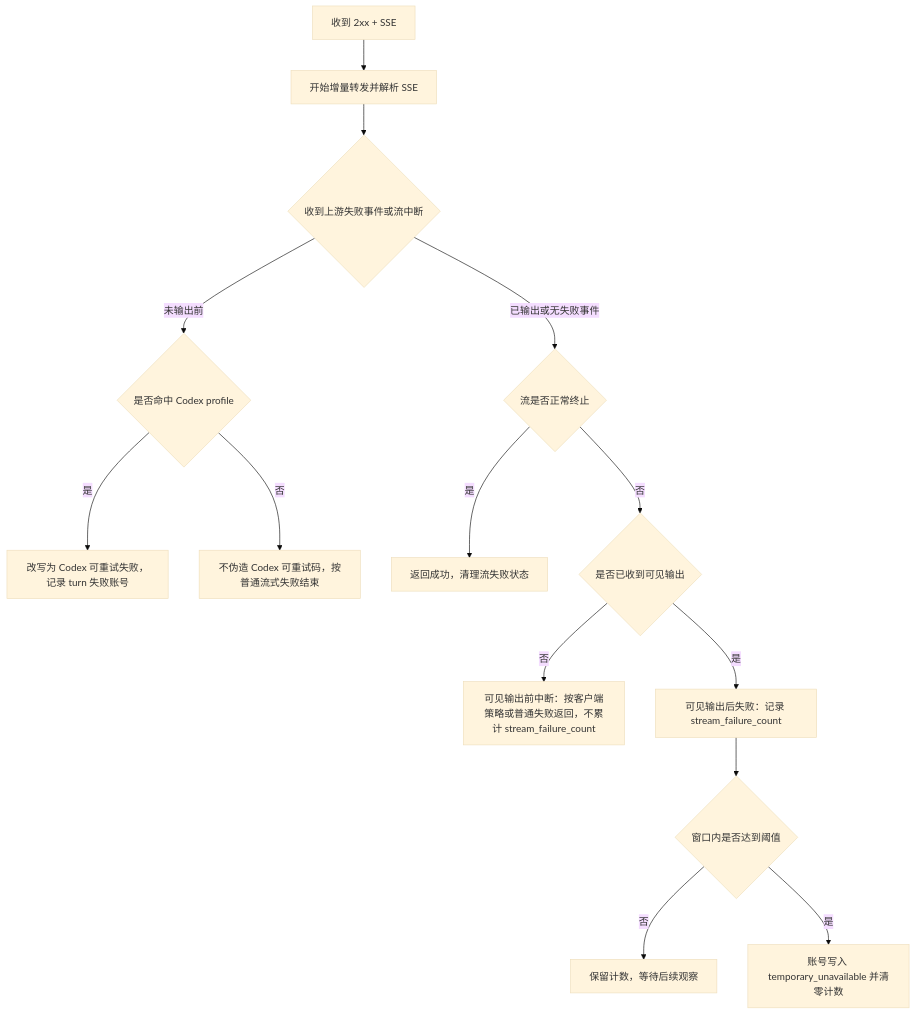
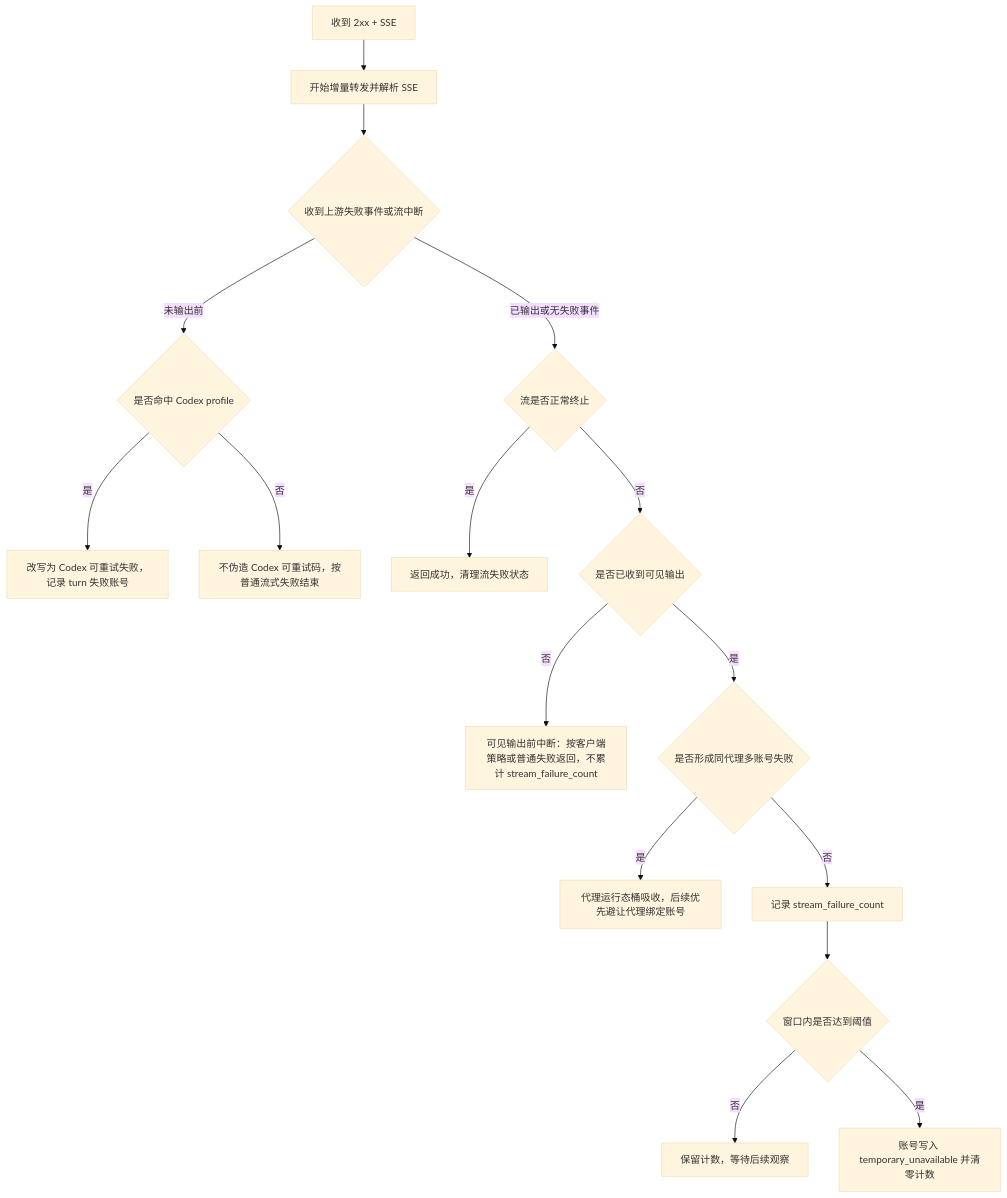
One commit to huanmin123/juhe-ai changed the second of 3 diagrams in docs/functions/网关异常重试与兜底策略.md. Above: the diagram before and after it, drawn with Mermaid (base theme). The commit also changed other lines of this file and 136 other files, not shown here.

````diff
--- a/docs/functions/网关异常重试与兜底策略.md
+++ b/docs/functions/网关异常重试与兜底策略.md
@@ -122,16 +122,18 @@
 ```mermaid
 flowchart TD
   A["收到 2xx + SSE"] --> B["开始增量转发并解析 SSE"]
   B --> C{"收到上游失败事件或流中断"}
   C -- "未输出前" --> D{"是否命中 Codex profile"}
   D -- "是" --> M["改写为 Codex 可重试失败，记录 turn 失败账号"]
   D -- "否" --> N["不伪造 Codex 可重试码，按普通流式失败结束"]
   C -- "已输出或无失败事件" --> E{"流是否正常终止"}
   E -- "是" --> F["返回成功，清理流失败状态"]
   E -- "否" --> G{"是否已收到可见输出"}
   G -- "否" --> H["可见输出前中断：按客户端策略或普通失败返回，不累计 stream_failure_count"]
-  G -- "是" --> I["可见输出后失败：记录 stream_failure_count"]
-  I --> J{"窗口内是否达到阈值"}
-  J -- "否" --> K["保留计数，等待后续观察"]
-  J -- "是" --> L["账号写入 temporary_unavailable 并清零计数"]
+  G -- "是" --> I{"是否形成同代理多账号失败"}
+  I -- "是" --> O["代理运行态桶吸收，后续优先避让代理绑定账号"]
+  I -- "否" --> J["记录 stream_failure_count"]
+  J --> K{"窗口内是否达到阈值"}
+  K -- "否" --> L["保留计数，等待后续观察"]
+  K -- "是" --> P["账号写入 temporary_unavailable 并清零计数"]
 ```
````
